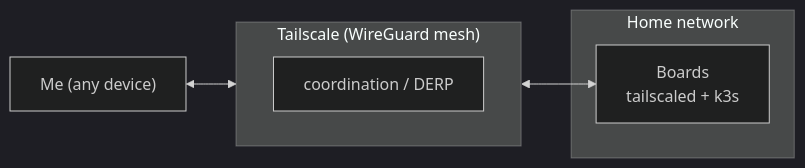
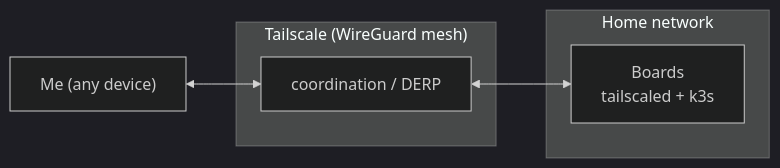
One commit to zufardhiyaulhaq/notes changed the diagram in docs/guides/home-lab/07-backup-access-with-tailscale.md. Above: the diagram before and after it, drawn with Mermaid (dark theme). The commit also changed other lines of this file and 7 other files, not shown here.

````diff
--- a/docs/guides/home-lab/07-backup-access-with-tailscale.md
+++ b/docs/guides/home-lab/07-backup-access-with-tailscale.md
@@ -22,12 +22,11 @@
 ```mermaid
 flowchart LR
   me["Me (any device)"]
   subgraph ts["Tailscale (WireGuard mesh)"]
-    direction LR
     coord["coordination / DERP"]
   end
   subgraph home["Home network"]
     pi["Boards<br/>tailscaled + k3s"]
   end
   me <--> coord <--> pi
 ```
````
